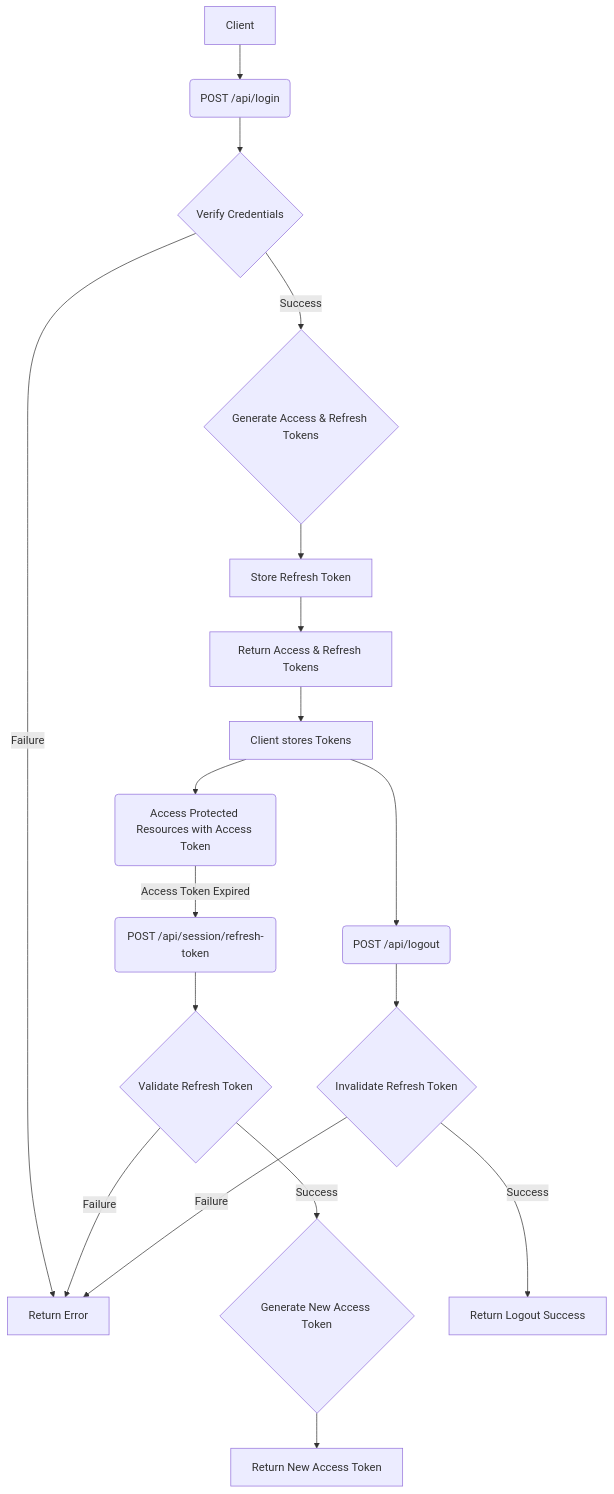
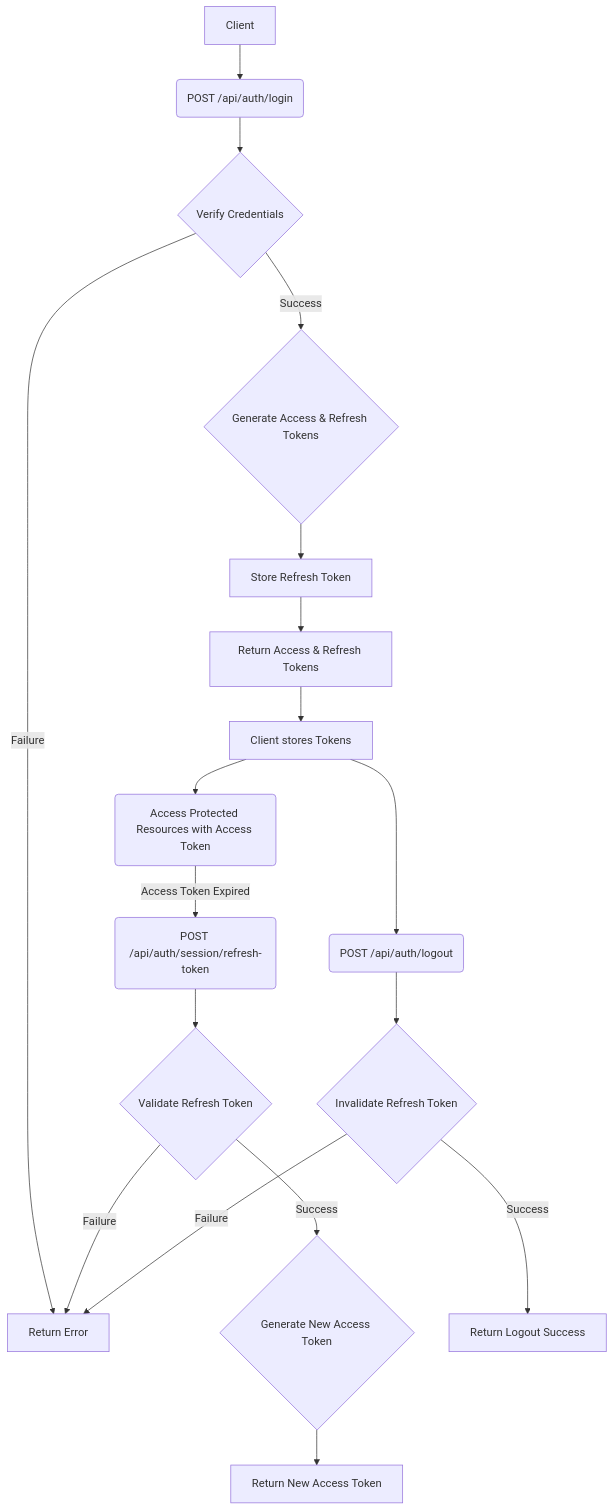
One commit to Unluque/auth-api changed the diagram in readme.md. Above: the diagram before and after it, drawn with Mermaid. The commit also changed other lines of this file and 3 other files, not shown here.

First line of the commit message:
docs(api): update authentication API paths with /auth prefix feat(dockerization): added Dockerfile, docker-compose-yml and .dockeringore configuration files to deploy api using docker

````diff
--- a/readme.md
+++ b/readme.md
@@ -333,24 +333,24 @@
 ```mermaid
 graph TD
-    A[Client] --> B(POST /api/login);
+    A[Client] --> B(POST /api/auth/login);
     B --> C{Verify Credentials};
     C -- Success --> D{Generate Access & Refresh Tokens};
     D --> E[Store Refresh Token];
     E --> F[Return Access & Refresh Tokens];
     C -- Failure --> G[Return Error];
 
     F --> H[Client stores Tokens];
     H --> I(Access Protected Resources with Access Token);
-    I -- Access Token Expired --> J(POST /api/session/refresh-token);
+    I -- Access Token Expired --> J(POST /api/auth/session/refresh-token);
     J --> K{Validate Refresh Token};
     K -- Success --> L{Generate New Access Token};
     L --> M[Return New Access Token];
     K -- Failure --> G;
 
-    H --> N(POST /api/logout);
+    H --> N(POST /api/auth/logout);
     N --> O{Invalidate Refresh Token};
     O -- Success --> P[Return Logout Success];
     O -- Failure --> G;
 
 
 ```
````
